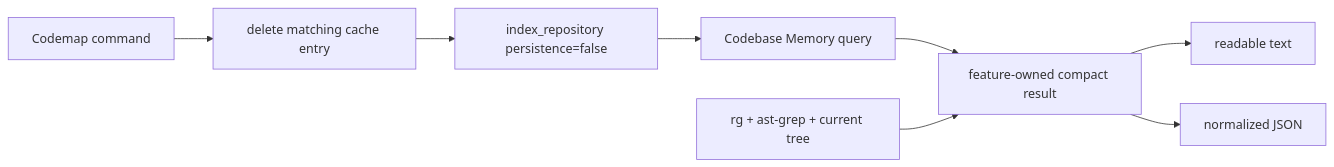
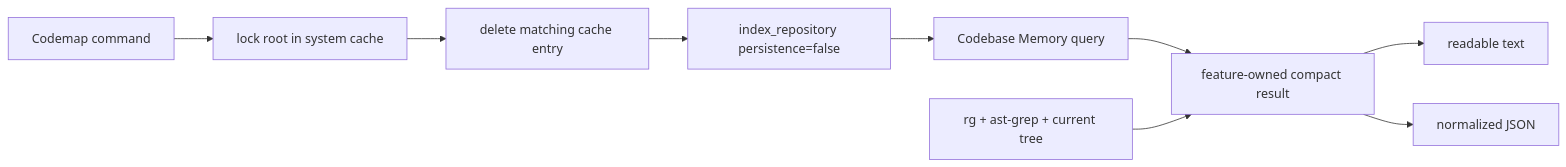
The diagram in README.md (teron131/codemap), drawn with Mermaid before and after one commit. The commit also changed other lines of this file and 5 other files, not shown here.

````diff
--- a/README.md
+++ b/README.md
@@ -66,10 +66,11 @@
 ```mermaid
 flowchart LR
-    CLI["Codemap command"] --> RESET["delete matching cache entry"]
+    CLI["Codemap command"] --> LOCK["lock root in system cache"]
+    LOCK --> RESET["delete matching cache entry"]
     RESET --> INDEX["index_repository persistence=false"]
     INDEX --> CBM["Codebase Memory query"]
     CBM --> NORMALIZE["feature-owned compact result"]
     LOCAL["rg + ast-grep + current tree"] --> NORMALIZE
     NORMALIZE --> TEXT["readable text"]
     NORMALIZE --> JSON["normalized JSON"]
 ```
````
